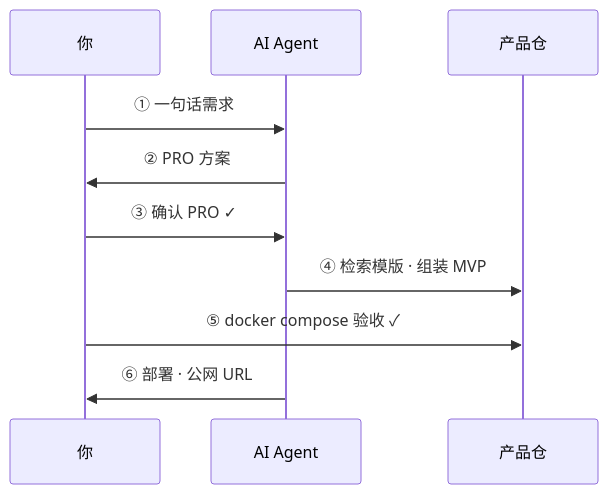
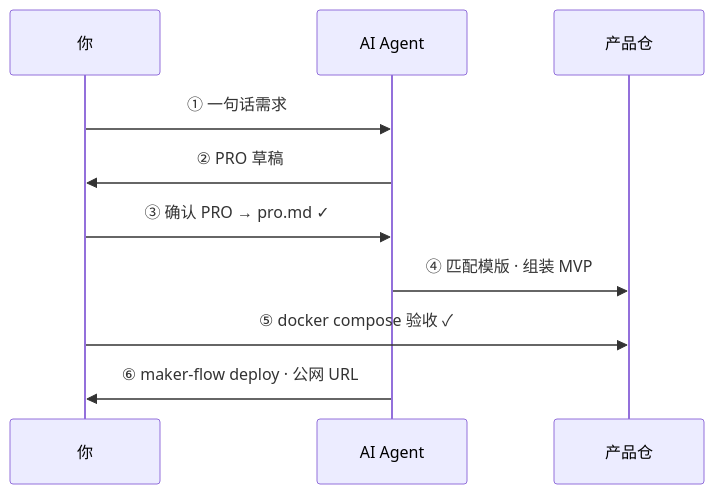
The diagram in docs/getting-started.zh-CN.md (LJTian/maker-flow), drawn with Mermaid before and after one commit. The commit also changed other lines of this file and 25 other files, not shown here.

````diff
--- a/docs/getting-started.zh-CN.md
+++ b/docs/getting-started.zh-CN.md
@@ -31,13 +29,13 @@
 ```mermaid
 sequenceDiagram
     participant U as 你
     participant A as AI Agent
     participant P as 产品仓
 
     U->>A: ① 一句话需求
-    A->>U: ② PRO 方案
-    U->>A: ③ 确认 PRO ✓
-    A->>P: ④ 检索模版 · 组装 MVP
+    A->>U: ② PRO 草稿
+    U->>A: ③ 确认 PRO → pro.md ✓
+    A->>P: ④ 匹配模版 · 组装 MVP
     U->>P: ⑤ docker compose 验收 ✓
-    A->>U: ⑥ 部署 · 公网 URL
+    A->>U: ⑥ maker-flow deploy · 公网 URL
 ```
````
